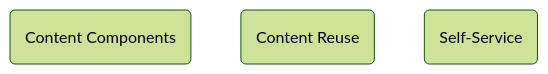
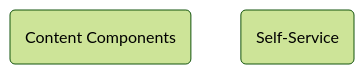
One commit to joe-dorward/samples changed the second of 2 diagrams in overview.md. Above: the diagram before and after it, drawn with Mermaid (forest theme). The commit also changed other lines of this file, not shown here.

````diff
--- a/overview.md
+++ b/overview.md
@@ -82,17 +82,16 @@
 ```mermaid
 flowchart
 
 
 
 
 CONTENT_COMPONENTS("Content Components")
-CONTENT_REUSE("Content Reuse")
 
 SELF_SERVICE("Self-Service")
 
 
 %%I_LOVE-."working at the".-PLATFORM_API
 %%I_LOVE-.-COMPLEXITY
 
 %%I_LOVE-.-EXPLAINING
 ```
````
